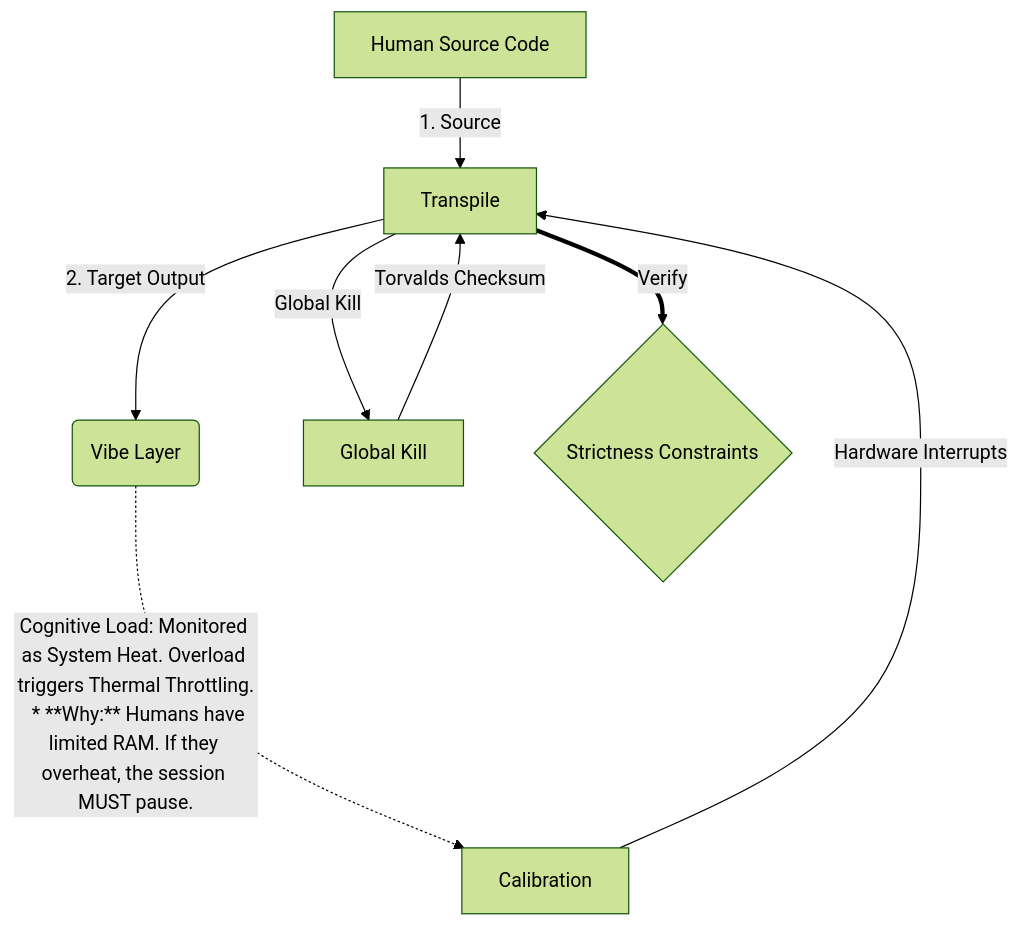
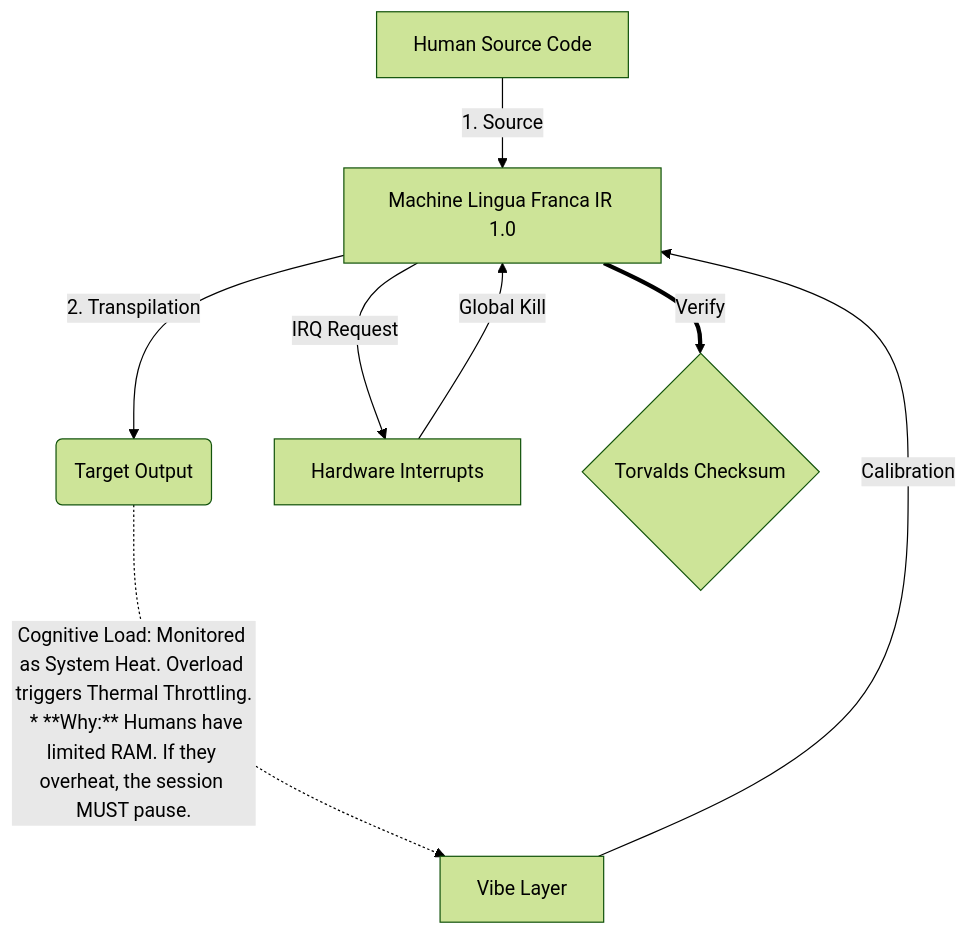
One commit to 0compute/machine changed the diagram in README.student.jam.md. Above: the diagram before and after it, drawn with Mermaid (forest theme). The commit also changed other lines of this file and 103 other files, not shown here.

````diff
--- a/README.student.jam.md
+++ b/README.student.jam.md
@@ -98,11 +98,11 @@
 ```mermaid
 graph TD
-    A[Human Source Code] -->|1. Source| B[Transpile]
-    B -->|2. Target Output| C(Vibe Layer)
+    A[Human Source Code] -->|1. Source| B[Machine Lingua Franca IR 1.0]
+    B -->|2. Transpilation| C(Target Output)
     C -.->|Cognitive Load: Monitored as System Heat. Overload triggers Thermal Throttling.
-  * **Why:** Humans have limited RAM. If they overheat, the session MUST pause.| G[Calibration]
-    G -->|Hardware Interrupts| B
-    B -->|Global Kill| H[Global Kill]
-    H -->|Torvalds Checksum| B
-    B == Verify ==> I{Strictness Constraints}
+  * **Why:** Humans have limited RAM. If they overheat, the session MUST pause.| G[Vibe Layer]
+    G -->|Calibration| B
+    B -->|IRQ Request| H[Hardware Interrupts]
+    H -->|Global Kill| B
+    B == Verify ==> I{Torvalds Checksum}
 ```
````
